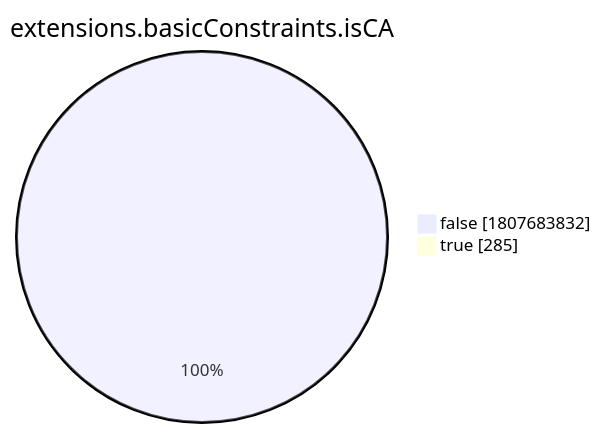
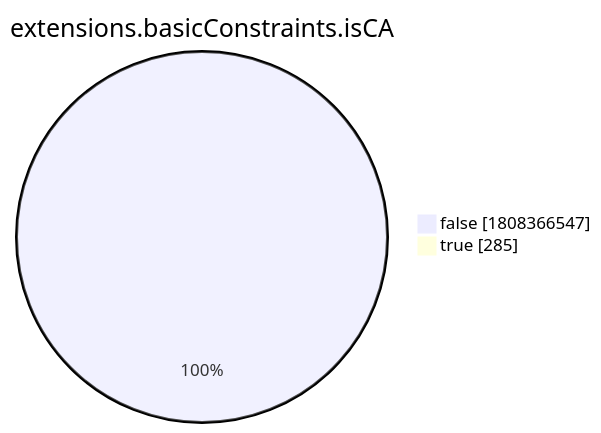
Before and after one commit to christiankrug/ctmonitor_visualization: the eighth of 15 diagrams in xenon2022/README.md, drawn with Mermaid. The commit also changed other lines of this file, not shown here.

````diff
--- a/xenon2022/README.md
+++ b/xenon2022/README.md
@@ -2868,6 +2868,6 @@
 ```mermaid
 pie showData
 title extensions.basicConstraints.isCA
-"false" :1807683832
+"false" :1808366547
 "true" :285
 ```
````
